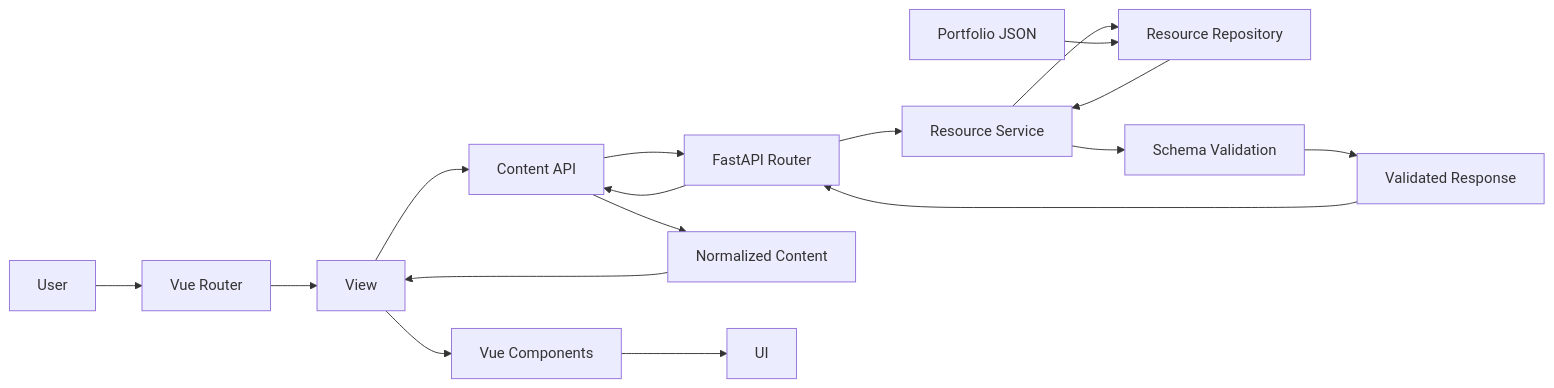
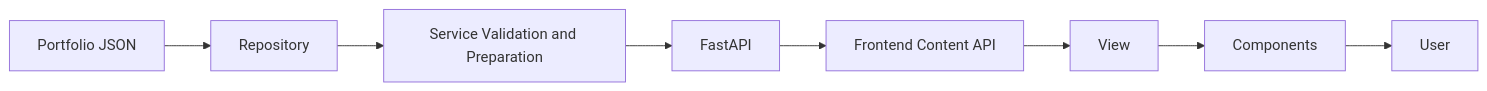
One commit to TsengYuanChe/PersonalWeb_FastAPI_Vue changed the first of 7 diagrams in DATAFLOW.md. Above: the diagram before and after it, drawn with Mermaid. The commit also changed other lines of this file, not shown here.

````diff
--- a/DATAFLOW.md
+++ b/DATAFLOW.md
@@ -13,19 +13,10 @@
 ```mermaid
 flowchart LR
-    User --> Router[Vue Router]
-    Router --> View
-    View --> ContentAPI[Content API]
-    ContentAPI --> FastAPI[FastAPI Router]
-    FastAPI --> Service[Resource Service]
-    Service --> Repository[Resource Repository]
     PortfolioJSON[Portfolio JSON] --> Repository
-    Repository --> Service
-    Service --> Validation[Schema Validation]
-    Validation --> Response[Validated Response]
-    Response --> FastAPI
-    FastAPI --> ContentAPI
-    ContentAPI --> Normalized[Normalized Content]
-    Normalized --> View
-    View --> Components[Vue Components]
-    Components --> UI
+    Repository --> Service[Service Validation and Preparation]
+    Service --> FastAPI
+    FastAPI --> ContentAPI[Frontend Content API]
+    ContentAPI --> View
+    View --> Components
+    Components --> User
 ```
````
